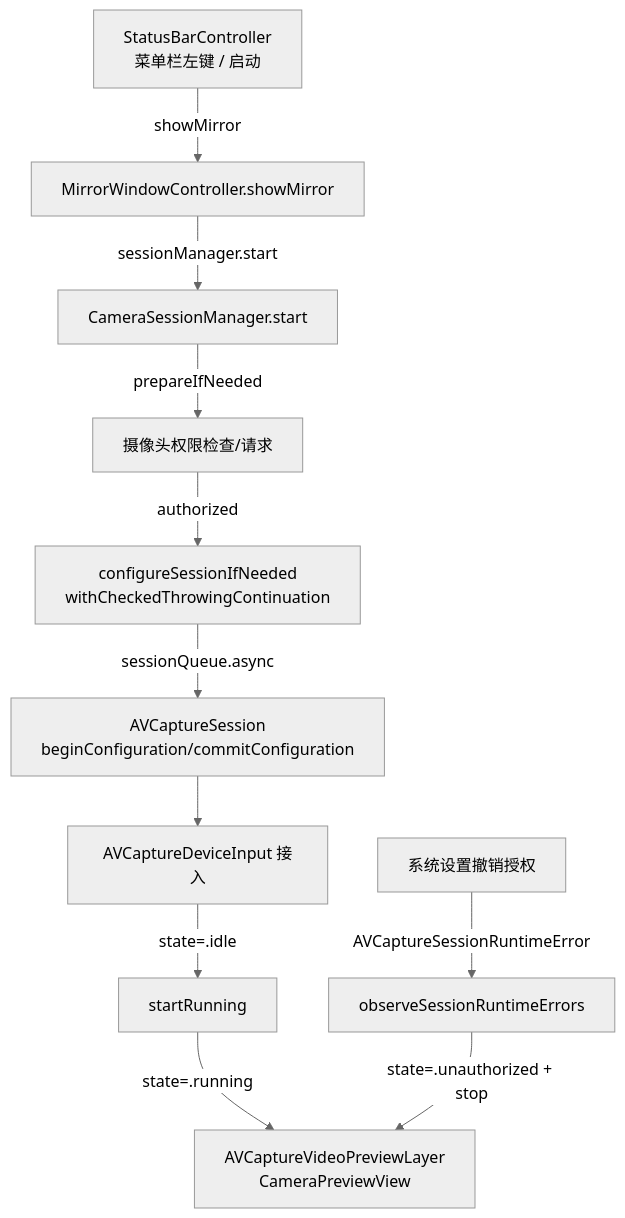
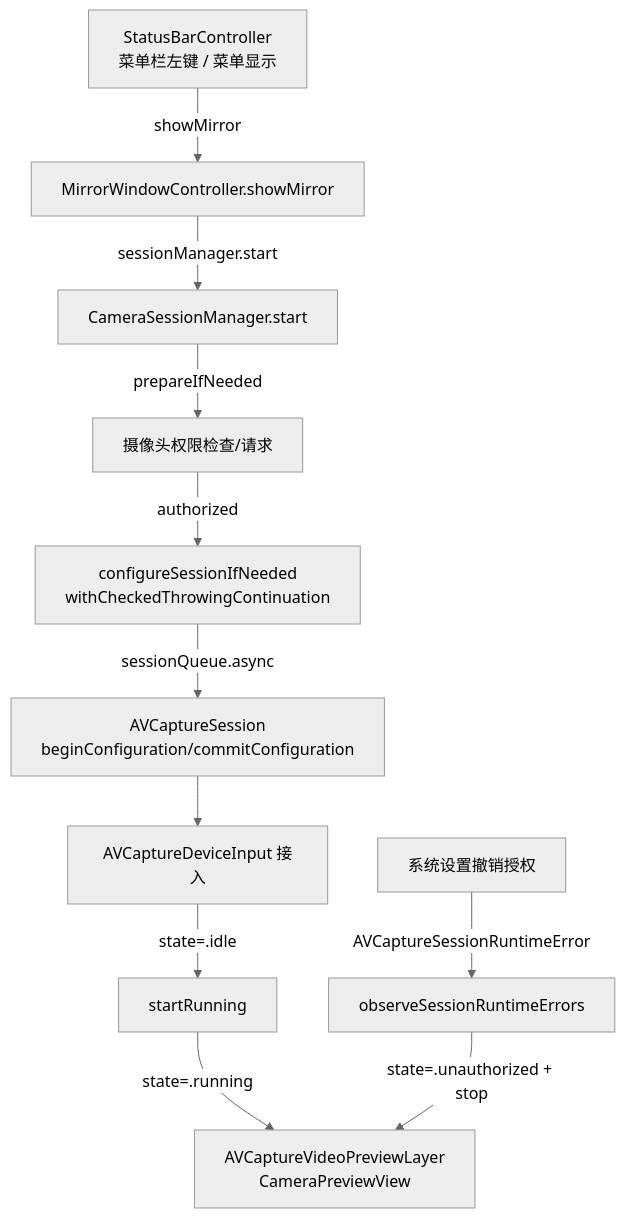
The first of 2 diagrams in docs/CAMERA_SESSION_KNOWLEDGE_BASE.md (x0c/Mirror), drawn with Mermaid (neutral theme) before and after one commit. The commit also changed other lines of this file and 7 other files, not shown here.

````diff
--- a/docs/CAMERA_SESSION_KNOWLEDGE_BASE.md
+++ b/docs/CAMERA_SESSION_KNOWLEDGE_BASE.md
@@ -42,13 +42,13 @@
 ```mermaid
 graph TD
-    A[StatusBarController<br/>菜单栏左键 / 启动] -->|showMirror| B[MirrorWindowController.showMirror]
+    A[StatusBarController<br/>菜单栏左键 / 菜单显示] -->|showMirror| B[MirrorWindowController.showMirror]
     B -->|sessionManager.start| D[CameraSessionManager.start]
     D -->|prepareIfNeeded| E[摄像头权限检查/请求]
     E -->|authorized| F[configureSessionIfNeeded<br/>withCheckedThrowingContinuation]
     F -->|sessionQueue.async| G[AVCaptureSession<br/>beginConfiguration/commitConfiguration]
     G --> H[AVCaptureDeviceInput 接入]
     H -->|state=.idle| I[startRunning]
     I -->|state=.running| J[AVCaptureVideoPreviewLayer<br/>CameraPreviewView]
     K[系统设置撤销授权] -->|AVCaptureSessionRuntimeError| L[observeSessionRuntimeErrors]
     L -->|state=.unauthorized + stop| J
 ```
````
